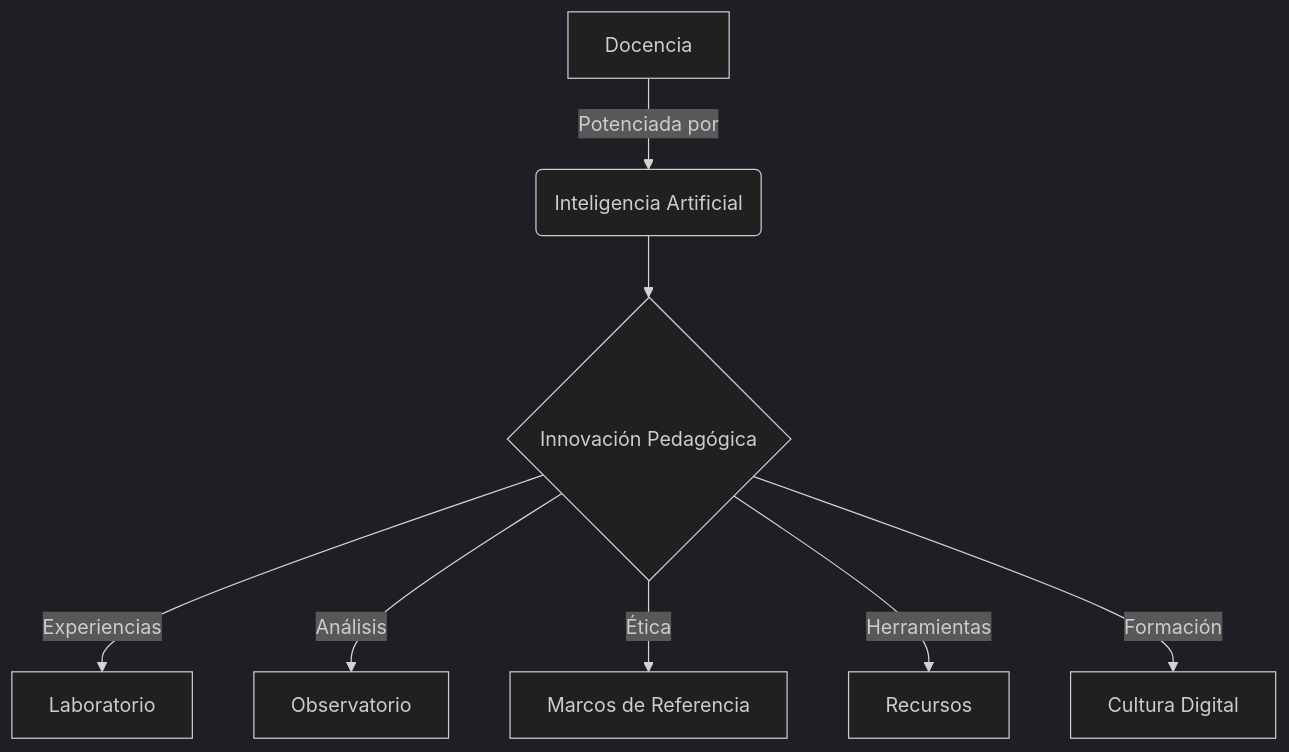
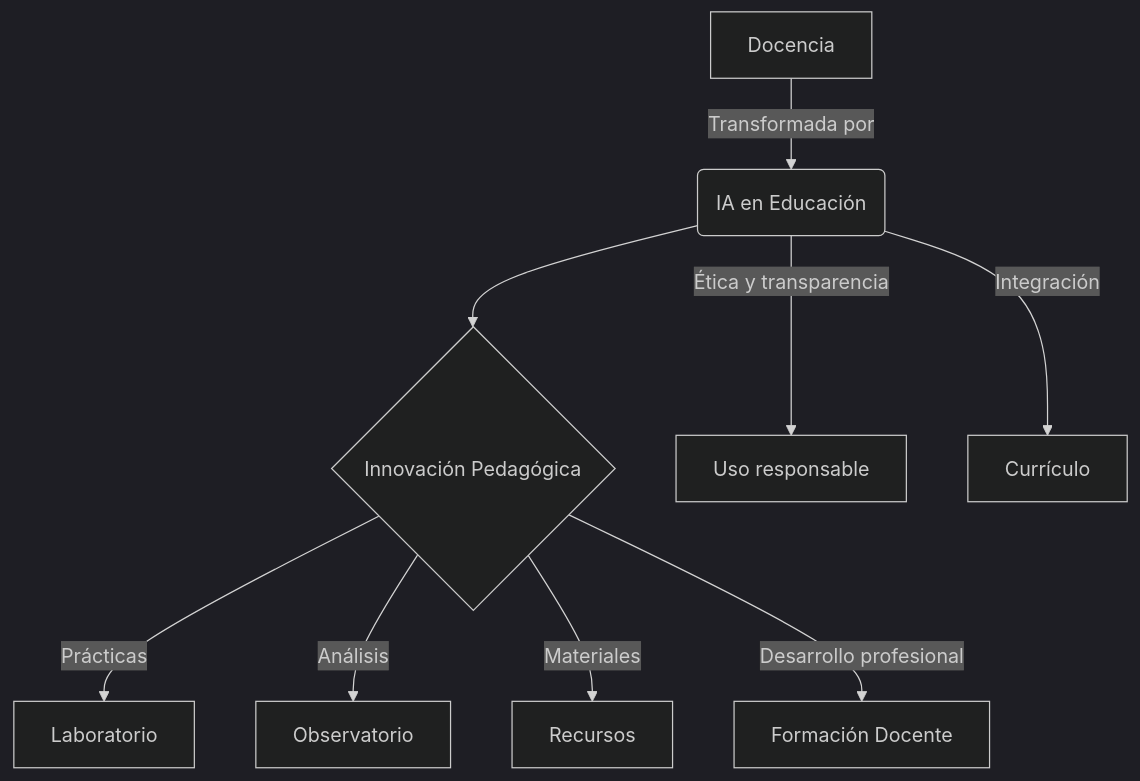
The diagram in content/_index.md (arqueon/aprendizaje-ia), drawn with Mermaid (dark theme) before and after one commit. The commit also changed other lines of this file and 30 other files, not shown here.

```diff
--- a/content/_index.md
+++ b/content/_index.md
@@ -17,10 +17,11 @@
 {{< mermaid >}}
 graph TD
-  A[Docencia] -->|Potenciada por| B(Inteligencia Artificial)
+  A[Docencia] -->|Transformada por| B(IA en Educación)
   B --> C{Innovación Pedagógica}
-  C -->|Experiencias| D[Laboratorio]
+  C -->|Prácticas| D[Laboratorio]
   C -->|Análisis| E[Observatorio]
-  C -->|Ética| F[Marcos de Referencia]
-  C -->|Herramientas| G[Recursos]
-  C -->|Formación| H[Cultura Digital]
+  C -->|Materiales| F[Recursos]
+  C -->|Desarrollo profesional| G[Formación Docente]
+  B -->|Ética y transparencia| H[Uso responsable]
+  B -->|Integración| I[Currículo]
 {{< /mermaid >}}
```
